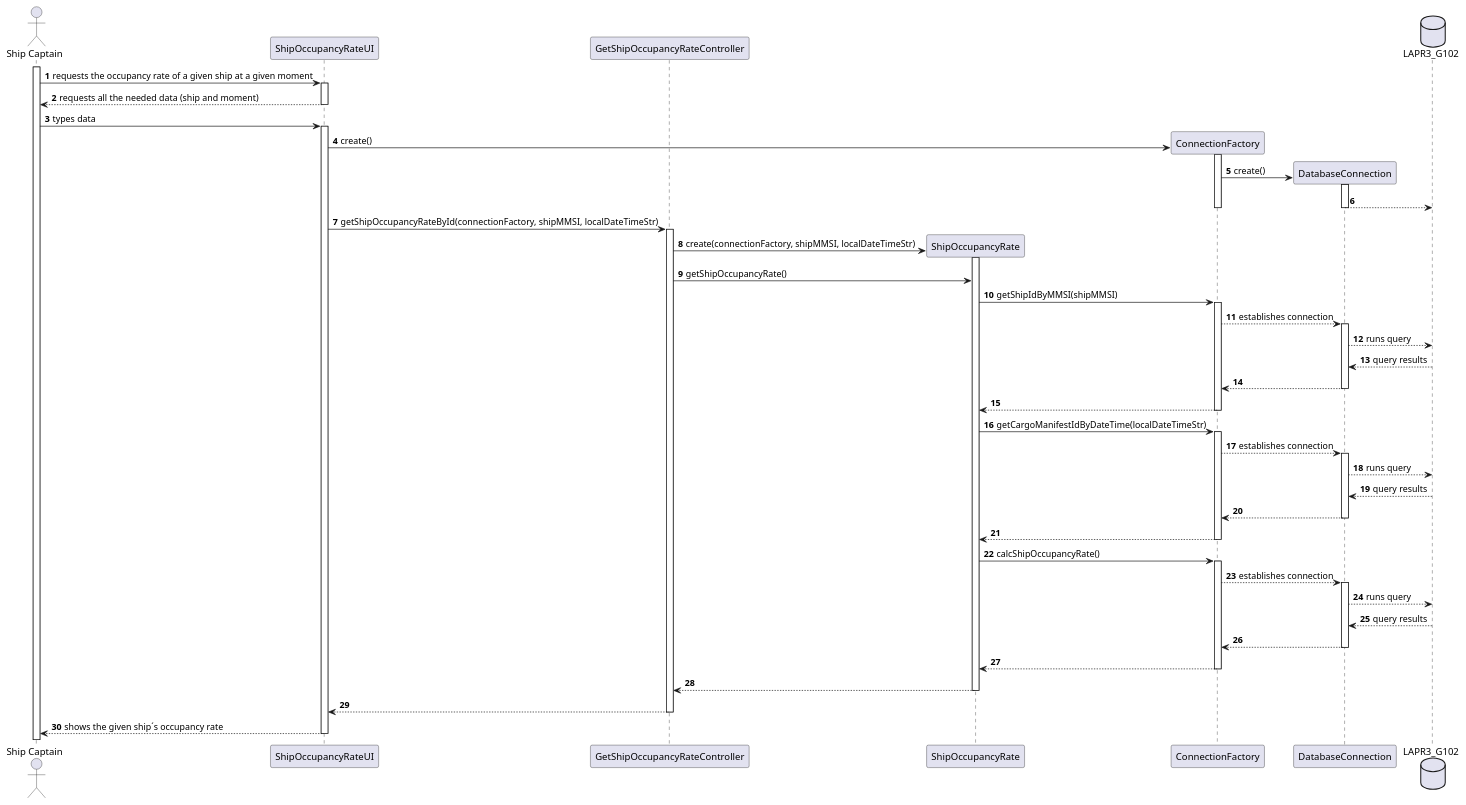
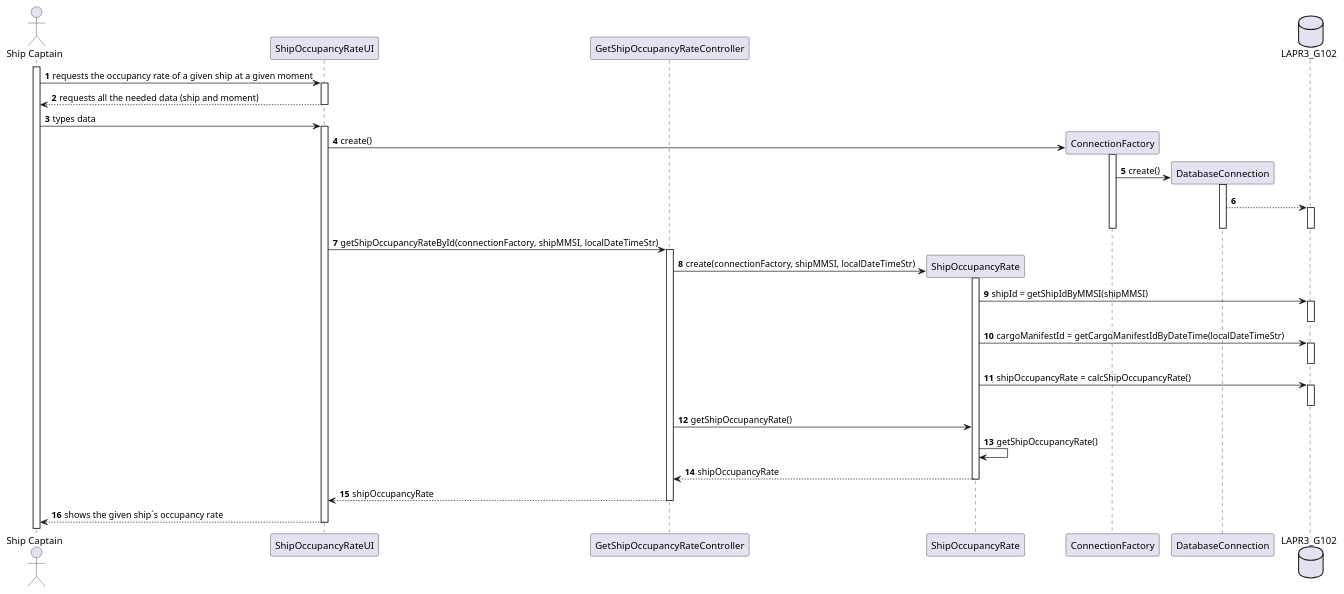
One commit to mpoboas/lapr3-2021-g102 changed the diagram in docs/Sprint2/US209/US209_SD.puml. Above: the diagram before and after it, drawn with PlantUML. The commit also changed 3 other files, not shown here.

```diff
--- a/docs/Sprint2/US209/US209_SD.puml
+++ b/docs/Sprint2/US209/US209_SD.puml
@@ -1,76 +1,58 @@
 @startuml
 autonumber
 'hide footbox
 
 actor "Ship Captain" as SC
 
 participant "ShipOccupancyRateUI" as UI
 participant "GetShipOccupancyRateController" as CTRL
 participant "ShipOccupancyRate" as SHIPOCCRATE
 participant ConnectionFactory as CF
 participant DatabaseConnection as DC
 database LAPR3_G102 as DB
 
 activate SC
 SC -> UI : requests the occupancy rate of a given ship at a given moment
 activate UI
 UI --> SC : requests all the needed data (ship and moment)
 deactivate UI
 
 SC -> UI : types data
 activate UI
 
 UI -> CF** : create()
 activate CF
 CF -> DC** : create()
 activate DC
 DC --> DB
+activate DB
+deactivate DB
 deactivate DC
 deactivate CF
 
 UI -> CTRL : getShipOccupancyRateById(connectionFactory, shipMMSI, localDateTimeStr)
 activate CTRL
 CTRL -> SHIPOCCRATE** : create(connectionFactory, shipMMSI, localDateTimeStr)
 activate SHIPOCCRATE
+
+SHIPOCCRATE -> DB : shipId = getShipIdByMMSI(shipMMSI)
+activate DB
+deactivate DB
+
+SHIPOCCRATE -> DB : cargoManifestId = getCargoManifestIdByDateTime(localDateTimeStr)
+activate DB
+deactivate DB
+
+SHIPOCCRATE -> DB : shipOccupancyRate = calcShipOccupancyRate()
+activate DB
+deactivate DB
+
 CTRL -> SHIPOCCRATE : getShipOccupancyRate()
-
-SHIPOCCRATE -> CF : getShipIdByMMSI(shipMMSI)
-activate CF
-CF --> DC : establishes connection
-activate DC
-DC --> DB : runs query
-DB --> DC : query results
-DC --> CF
-deactivate DC
-CF --> SHIPOCCRATE
-
-deactivate CF
-SHIPOCCRATE -> CF : getCargoManifestIdByDateTime(localDateTimeStr)
-activate CF
-CF --> DC : establishes connection
-activate DC
-DC --> DB : runs query
-DB --> DC : query results
-DC --> CF
-deactivate DC
-CF --> SHIPOCCRATE
-deactivate CF
-
-SHIPOCCRATE -> CF : calcShipOccupancyRate()
-activate CF
-CF --> DC : establishes connection
-activate DC
-DC --> DB : runs query
-DB --> DC : query results
-DC --> CF
-deactivate DC
-CF --> SHIPOCCRATE
-deactivate CF
-
-SHIPOCCRATE --> CTRL
+SHIPOCCRATE -> SHIPOCCRATE : getShipOccupancyRate()
+SHIPOCCRATE --> CTRL : shipOccupancyRate
 deactivate SHIPOCCRATE
-CTRL --> UI
+CTRL --> UI : shipOccupancyRate
 deactivate CTRL
 UI --> SC : shows the given ship´s occupancy rate
 deactivate UI
 @enduml
```
